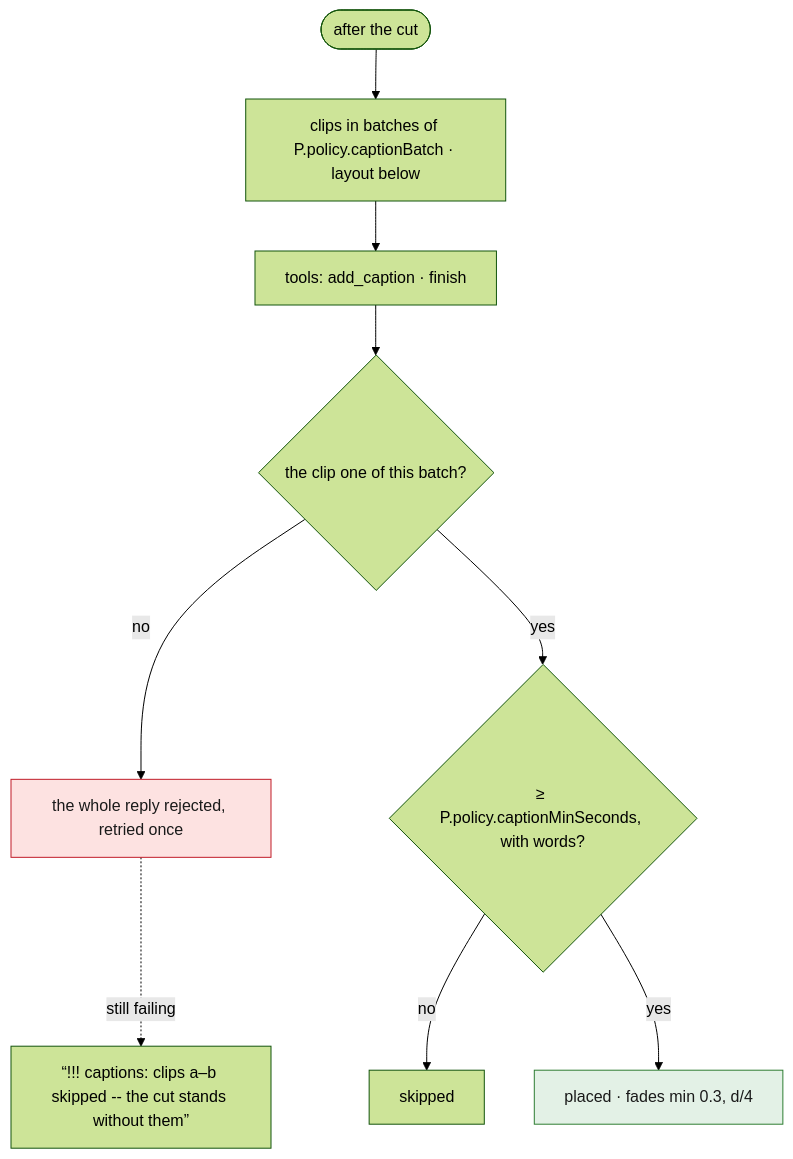
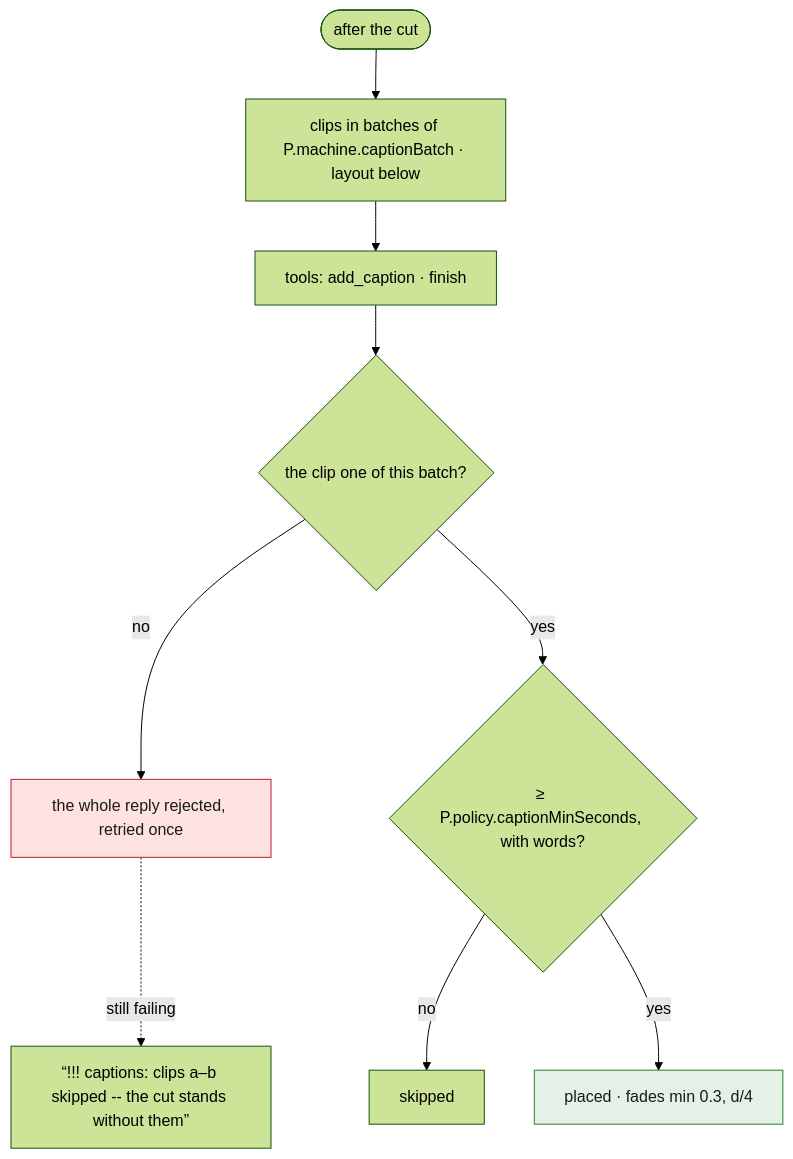
One commit to tbocek/naivepost changed the ninth of 12 diagrams in spec/06-effects.md. Above: the diagram before and after it, drawn with Mermaid (forest theme). The commit also changed other lines of this file and 16 other files, not shown here.

````diff
--- a/spec/06-effects.md
+++ b/spec/06-effects.md
@@ -240,14 +240,14 @@
 ```mermaid
 flowchart TD
-  A(["after the cut"]) --> B["clips in batches of P.policy.captionBatch · layout below"]
+  A(["after the cut"]) --> B["clips in batches of P.machine.captionBatch · layout below"]
   B --> T["tools: add_caption · finish"]
   T --> V{"the clip one of this batch?"}
   V -- no --> RJ["the whole reply rejected, retried once"]:::refuse
   V -- yes --> L{"≥ P.policy.captionMinSeconds, with words?"}
   L -- no --> SK["skipped"]
   L -- yes --> OK["placed · fades min 0.3, d/4"]:::done
   RJ -. still failing .-> FB["“!!! captions: clips a–b skipped -- the cut stands without them”"]
   classDef refuse fill:#fde2e1,stroke:#c01c28,color:#1a1a1a
   classDef done fill:#e3f1e6,stroke:#2e7d32,color:#1a1a1a
   classDef ask fill:#e8eefc,stroke:#3a63c8,color:#1a1a1a
 ```
````
